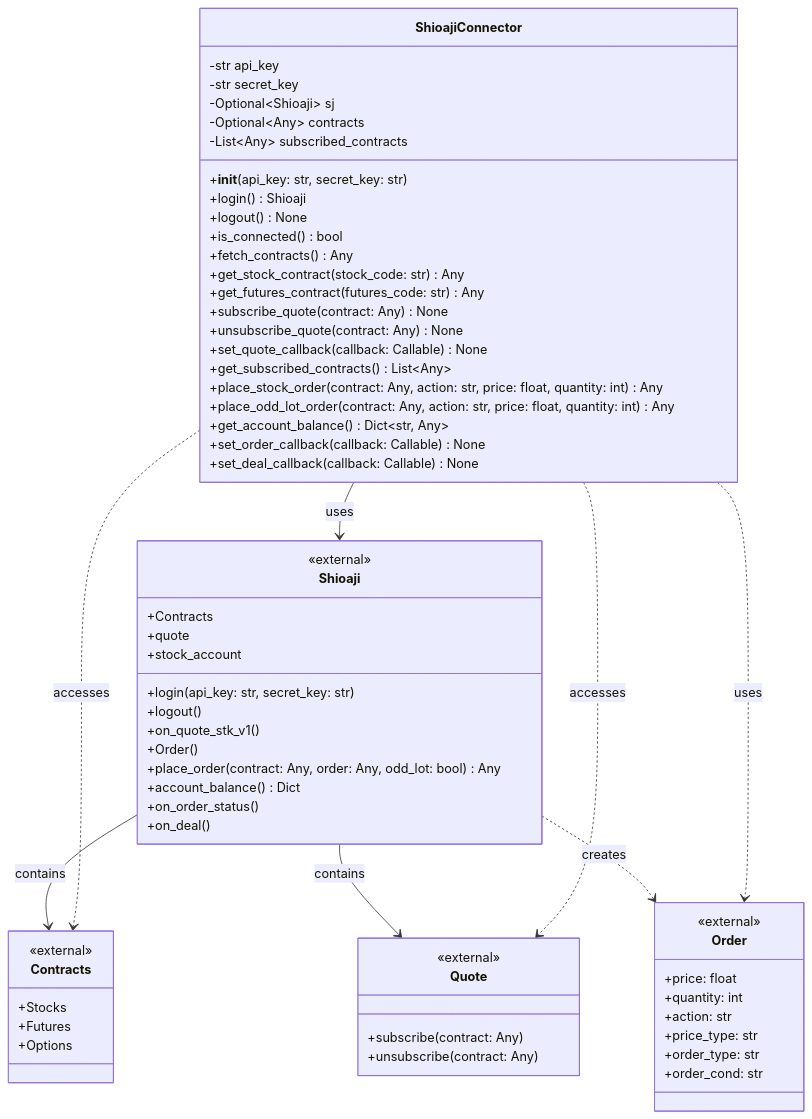
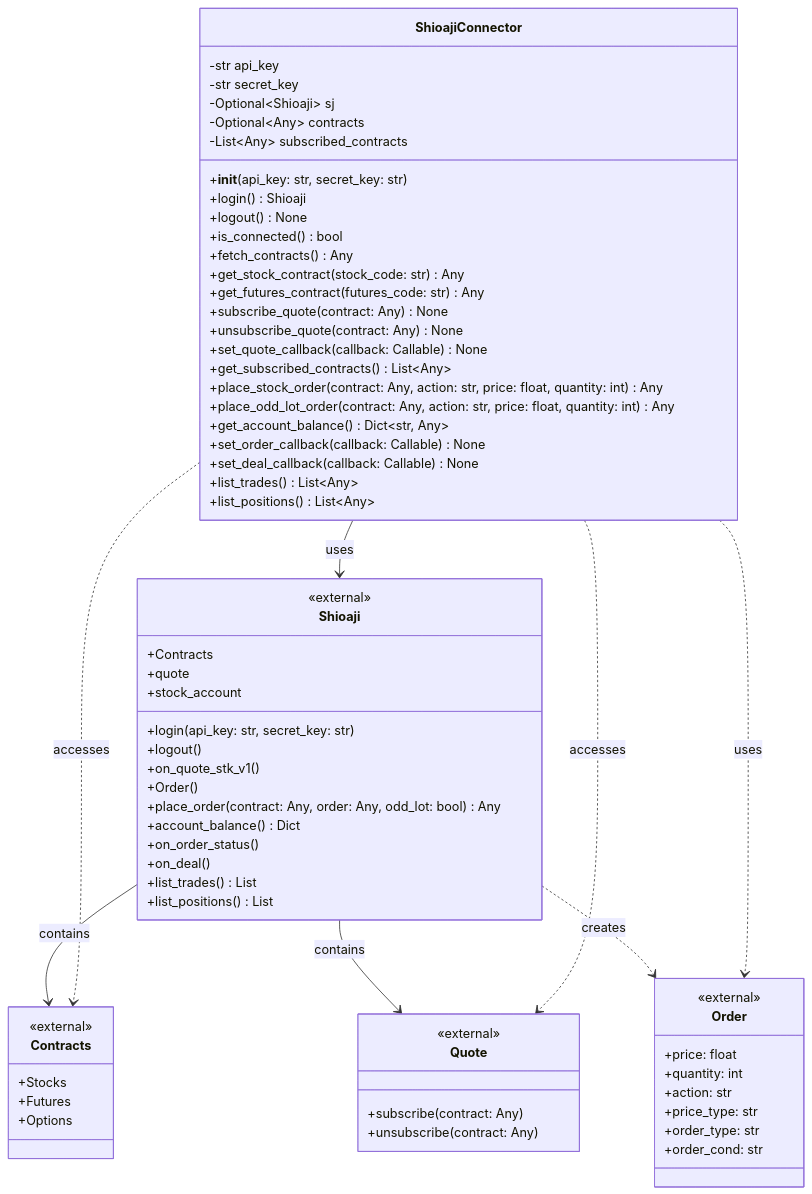
Before and after one commit to wu02067602/sample-trading: the diagram in 類別圖.md, drawn with Mermaid. The commit also changed other lines of this file and 1 other file, not shown here.

Commit message:
Add list_trades and list_positions methods

````diff
--- a/類別圖.md
+++ b/類別圖.md
@@ -7,72 +7,76 @@
 ```mermaid
 classDiagram
     class ShioajiConnector {
         -str api_key
         -str secret_key
         -Optional~Shioaji~ sj
         -Optional~Any~ contracts
         -List~Any~ subscribed_contracts
         +__init__(api_key: str, secret_key: str)
         +login() Shioaji
         +logout() None
         +is_connected() bool
         +fetch_contracts() Any
         +get_stock_contract(stock_code: str) Any
         +get_futures_contract(futures_code: str) Any
         +subscribe_quote(contract: Any) None
         +unsubscribe_quote(contract: Any) None
         +set_quote_callback(callback: Callable) None
         +get_subscribed_contracts() List~Any~
         +place_stock_order(contract: Any, action: str, price: float, quantity: int) Any
         +place_odd_lot_order(contract: Any, action: str, price: float, quantity: int) Any
         +get_account_balance() Dict~str, Any~
         +set_order_callback(callback: Callable) None
         +set_deal_callback(callback: Callable) None
+        +list_trades() List~Any~
+        +list_positions() List~Any~
     }
     
     class Shioaji {
         <<external>>
         +login(api_key: str, secret_key: str)
         +logout()
         +Contracts
         +quote
         +on_quote_stk_v1()
         +Order()
         +place_order(contract: Any, order: Any, odd_lot: bool) Any
         +stock_account
         +account_balance() Dict
         +on_order_status()
         +on_deal()
+        +list_trades() List
+        +list_positions() List
     }
     
     class Quote {
         <<external>>
         +subscribe(contract: Any)
         +unsubscribe(contract: Any)
     }
     
     class Contracts {
         <<external>>
         +Stocks
         +Futures
         +Options
     }
     
     class Order {
         <<external>>
         +price: float
         +quantity: int
         +action: str
         +price_type: str
         +order_type: str
         +order_cond: str
     }
     
     ShioajiConnector --> Shioaji : uses
     Shioaji --> Contracts : contains
     Shioaji --> Quote : contains
     Shioaji ..> Order : creates
     ShioajiConnector ..> Contracts : accesses
     ShioajiConnector ..> Quote : accesses
     ShioajiConnector ..> Order : uses
 ```
````
